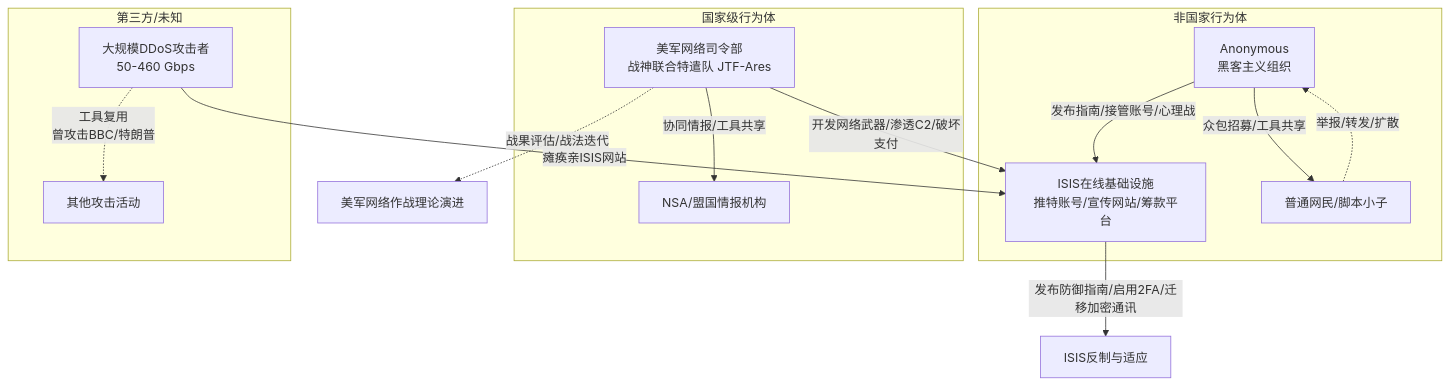
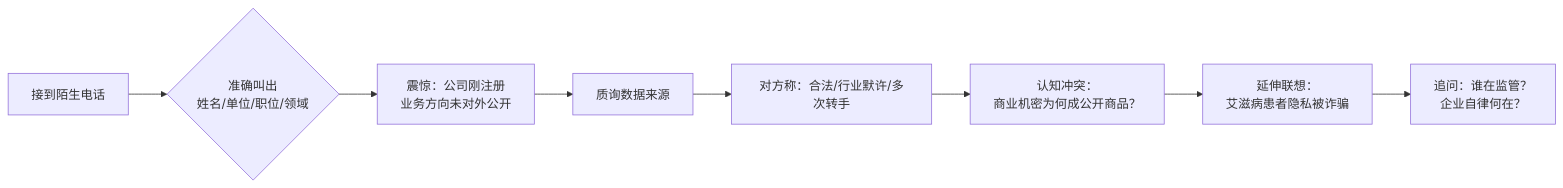
The first of 4 diagrams in pages/301-zai-lushang-wechat-archive-201508-202208.md (OpenDocCN1/sec-llm-wiki), drawn with Mermaid before and after one commit. The commit also changed other lines of this file, not shown here.

````diff
--- a/pages/301-zai-lushang-wechat-archive-201508-202208.md
+++ b/pages/301-zai-lushang-wechat-archive-201508-202208.md
@@ -140,21 +49,10 @@
 ```mermaid
-graph TB
-    subgraph 非国家行为体
-        A[Anonymous<br/>黑客主义组织] -->|发布指南/接管账号/心理战| B[ISIS在线基础设施<br/>推特账号/宣传网站/筹款平台]
-        A -->|众包招募/工具共享| C[普通网民/脚本小子]
-    end
-
-    subgraph 国家级行为体
-        D[美军网络司令部<br/>战神联合特遣队 JTF-Ares] -->|开发网络武器/渗透C2/破坏支付| B
-        D -->|协同情报/工具共享| E[NSA/盟国情报机构]
-    end
-
-    subgraph 第三方/未知
-        F[大规模DDoS攻击者<br/>50-460 Gbps] -->|瘫痪亲ISIS网站| B
-        F -.->|工具复用<br/>曾攻击BBC/特朗普| G[其他攻击活动]
-    end
-
-    B -->|发布防御指南/启用2FA/迁移加密通讯| H[ISIS反制与适应]
-    C -.->|举报/转发/扩散| A
-    D -.->|战果评估/战法迭代| I[美军网络作战理论演进]
+graph LR
+    A[接到陌生电话] --> B{准确叫出<br/>姓名/单位/职位/领域}
+    B --> C[震惊：公司刚注册<br/>业务方向未对外公开]
+    C --> D[质询数据来源]
+    D --> E[对方称：合法/行业默许/多次转手]
+    E --> F[认知冲突：<br/>商业机密为何成公开商品？]
+    F --> G[延伸联想：<br/>艾滋病患者隐私被诈骗]
+    G --> H[追问：谁在监管？<br/>企业自律何在？]
 ```
````
